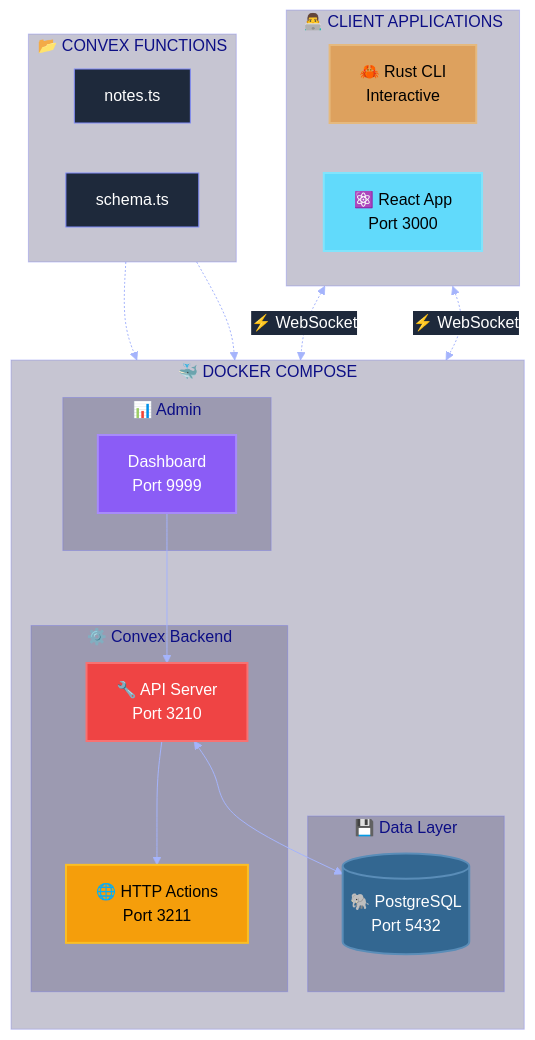
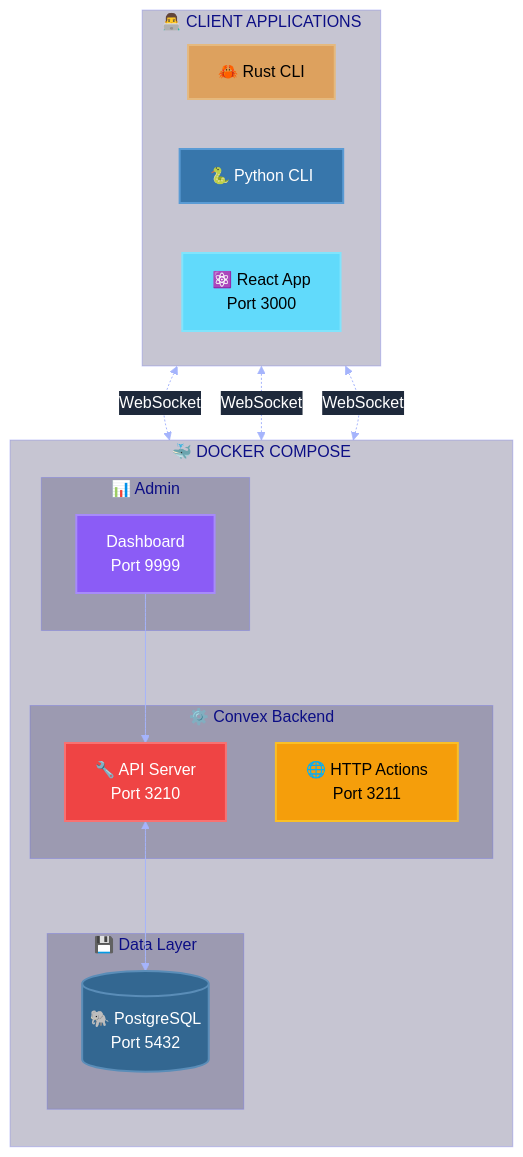
One commit to sabry-awad97/convex-notes changed the first of 3 diagrams in README.md. Above: the diagram before and after it, drawn with Mermaid. The commit also changed other lines of this file and 24 other files, not shown here.

````diff
--- a/README.md
+++ b/README.md
@@ -99,48 +100,42 @@
 ```mermaid
 %%{init: {'theme': 'base', 'themeVariables': { 'primaryColor': '#6366f1', 'primaryTextColor': '#fff', 'primaryBorderColor': '#818cf8', 'lineColor': '#a5b4fc', 'secondaryColor': '#1e1b4b', 'background': '#0f172a', 'mainBkg': '#1e293b', 'nodeBorder': '#818cf8', 'clusterBkg': '#1e1b4b40', 'clusterBorder': '#6366f150', 'edgeLabelBackground': '#1e293b'}}}%%
 
 flowchart TB
     subgraph DOCKER["🐳 DOCKER COMPOSE"]
         direction TB
 
         subgraph DB_LAYER["💾 Data Layer"]
             PG[("🐘 PostgreSQL<br/>Port 5432")]
         end
 
         subgraph CONVEX["⚙️ Convex Backend"]
             API["🔧 API Server<br/>Port 3210"]
             HTTP["🌐 HTTP Actions<br/>Port 3211"]
         end
 
         subgraph ADMIN["📊 Admin"]
             DASH["Dashboard<br/>Port 9999"]
         end
     end
 
     subgraph CLIENTS["👨‍💻 CLIENT APPLICATIONS"]
         direction LR
-        RUST["🦀 Rust CLI<br/>Interactive"]
+        RUST["🦀 Rust CLI"]
+        PYTHON["🐍 Python CLI"]
         REACT["⚛️ React App<br/>Port 3000"]
     end
 
-    subgraph FUNCTIONS["📂 CONVEX FUNCTIONS"]
-        direction LR
-        NOTES["notes.ts"]
-        SCHEMA["schema.ts"]
-    end
-
-    RUST <-. "⚡ WebSocket" .-> API
-    REACT <-. "⚡ WebSocket" .-> API
+    RUST <-. "WebSocket" .-> API
+    PYTHON <-. "WebSocket" .-> API
+    REACT <-. "WebSocket" .-> API
     API <--> PG
-    API --> HTTP
     DASH --> API
-    NOTES -.-> API
-    SCHEMA -.-> API
 
     style PG fill:#336791,stroke:#5A8DB8,stroke-width:2px,color:#fff
     style API fill:#ef4444,stroke:#f87171,stroke-width:2px,color:#fff
     style HTTP fill:#f59e0b,stroke:#fbbf24,stroke-width:2px,color:#000
     style DASH fill:#8b5cf6,stroke:#a78bfa,stroke-width:2px,color:#fff
     style RUST fill:#dda15e,stroke:#e5b97e,stroke-width:2px,color:#000
+    style PYTHON fill:#3776ab,stroke:#5a9bd4,stroke-width:2px,color:#fff
     style REACT fill:#61dafb,stroke:#81e4fc,stroke-width:2px,color:#000
 ```
````
